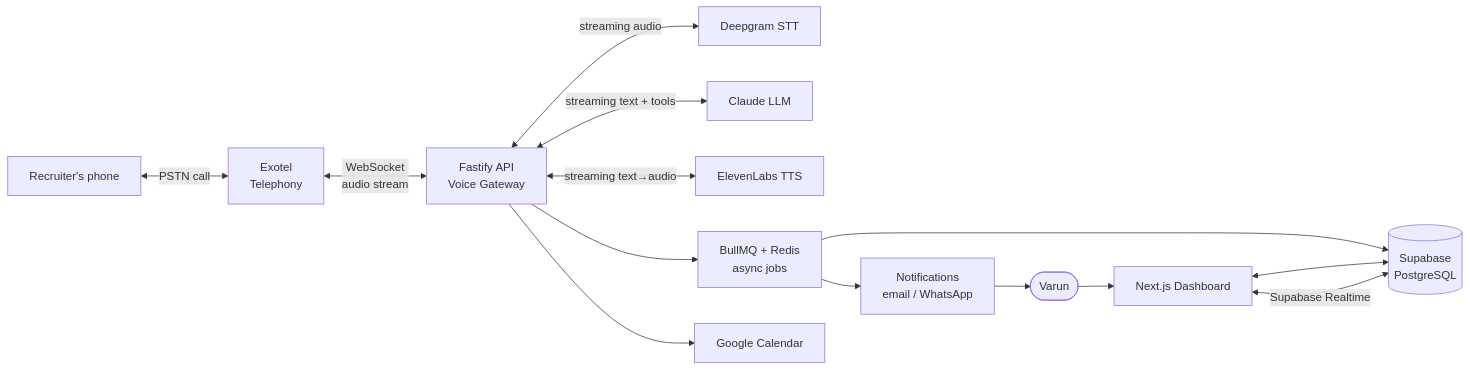
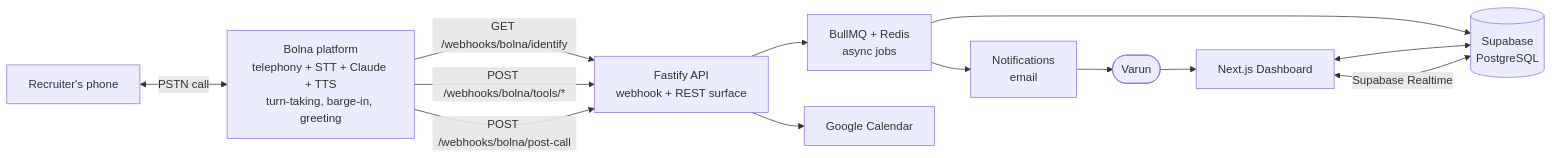
One commit to gandhi120/RecruitPilot_AI changed the diagram in docs/00_PROJECT_OVERVIEW.md. Above: the diagram before and after it, drawn with Mermaid. The commit also changed other lines of this file and 34 other files, not shown here.

First line of the commit message:
docs: pivot voice stack to Bolna; archive DIY vendor docs as phase-2 reference

````diff
--- a/docs/00_PROJECT_OVERVIEW.md
+++ b/docs/00_PROJECT_OVERVIEW.md
@@ -85,16 +109,15 @@
 ```mermaid
 flowchart LR
-    R[Recruiter's phone] <-->|PSTN call| EX[Exotel<br/>Telephony]
-    EX <-->|WebSocket<br/>audio stream| API[Fastify API<br/>Voice Gateway]
-    API <-->|streaming audio| DG[Deepgram STT]
-    API <-->|streaming text + tools| CL[Claude LLM]
-    API <-->|streaming text→audio| EL[ElevenLabs TTS]
+    R[Recruiter's phone] <-->|PSTN call| B[Bolna platform<br/>telephony + STT + Claude + TTS<br/>turn-taking, barge-in, greeting]
+    B -->|GET /webhooks/bolna/identify| API[Fastify API<br/>webhook + REST surface]
+    B -->|POST /webhooks/bolna/tools/*| API
+    B -->|POST /webhooks/bolna/post-call| API
     API --> Q[BullMQ + Redis<br/>async jobs]
     Q --> DB[(Supabase<br/>PostgreSQL)]
-    Q --> N[Notifications<br/>email / WhatsApp]
+    Q --> N[Notifications<br/>email]
     API --> GC[Google Calendar]
     WEB[Next.js Dashboard] <--> DB
     WEB <-->|Supabase Realtime| DB
     V([Varun]) --> WEB
     N --> V
 ```
````
